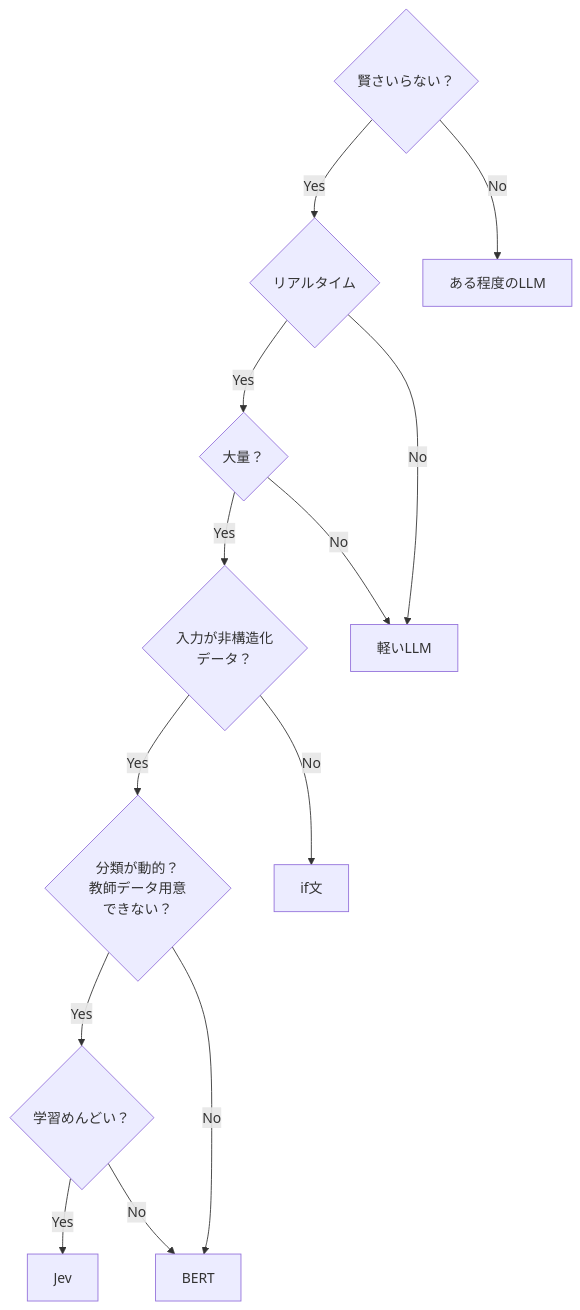
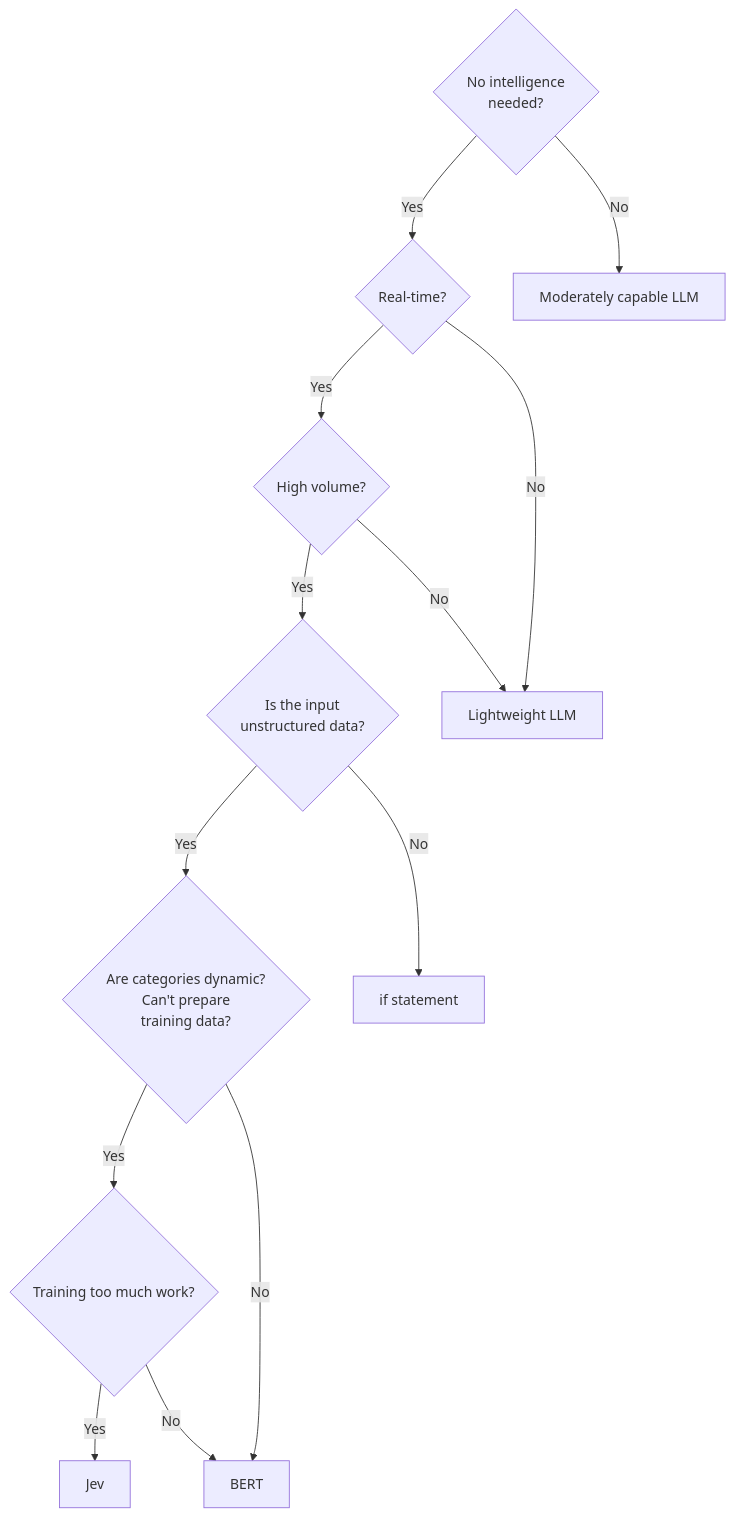
One commit to kzkhykw/jev-or-not changed the diagram in README.md. Above: the diagram before and after it, drawn with Mermaid. The commit also changed other lines of this file and 1 other file, not shown here.

Commit message:
Add English and Japanese READMEs

````diff
--- a/README.md
+++ b/README.md
@@ -5,28 +7,28 @@
 ```mermaid
 flowchart TD
-    A{"賢さいらない？"}
-    B{"リアルタイム"}
-    C{"大量？"}
-    D{"入力が非構造化<br/>データ？"}
-    E{"分類が動的？<br/>教師データ用意<br/>できない？"}
-    F{"学習めんどい？"}
+    A{"No intelligence<br/>needed?"}
+    B{"Real-time?"}
+    C{"High volume?"}
+    D{"Is the input<br/>unstructured data?"}
+    E{"Are categories dynamic?<br/>Can't prepare<br/>training data?"}
+    F{"Training too much work?"}
 
     J["Jev"]
     BERT["BERT"]
-    IF["if文"]
-    LIGHT["軽いLLM"]
-    SOME["ある程度のLLM"]
+    IF["if statement"]
+    LIGHT["Lightweight LLM"]
+    SOME["Moderately capable LLM"]
 
     A -->|Yes| B
     A -->|No| SOME
     B -->|Yes| C
     B -->|No| LIGHT
     C -->|Yes| D
     C -->|No| LIGHT
     D -->|Yes| E
     D -->|No| IF
     E -->|Yes| F
     E -->|No| BERT
     F -->|Yes| J
     F -->|No| BERT
 ```
````
